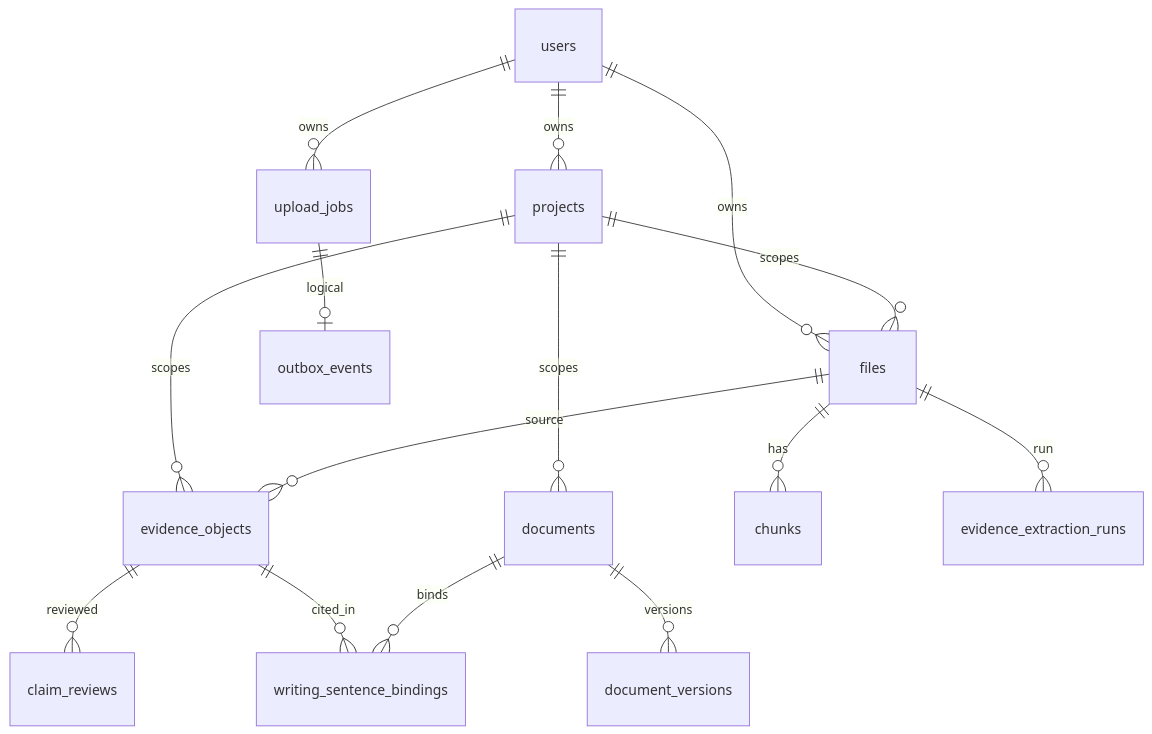
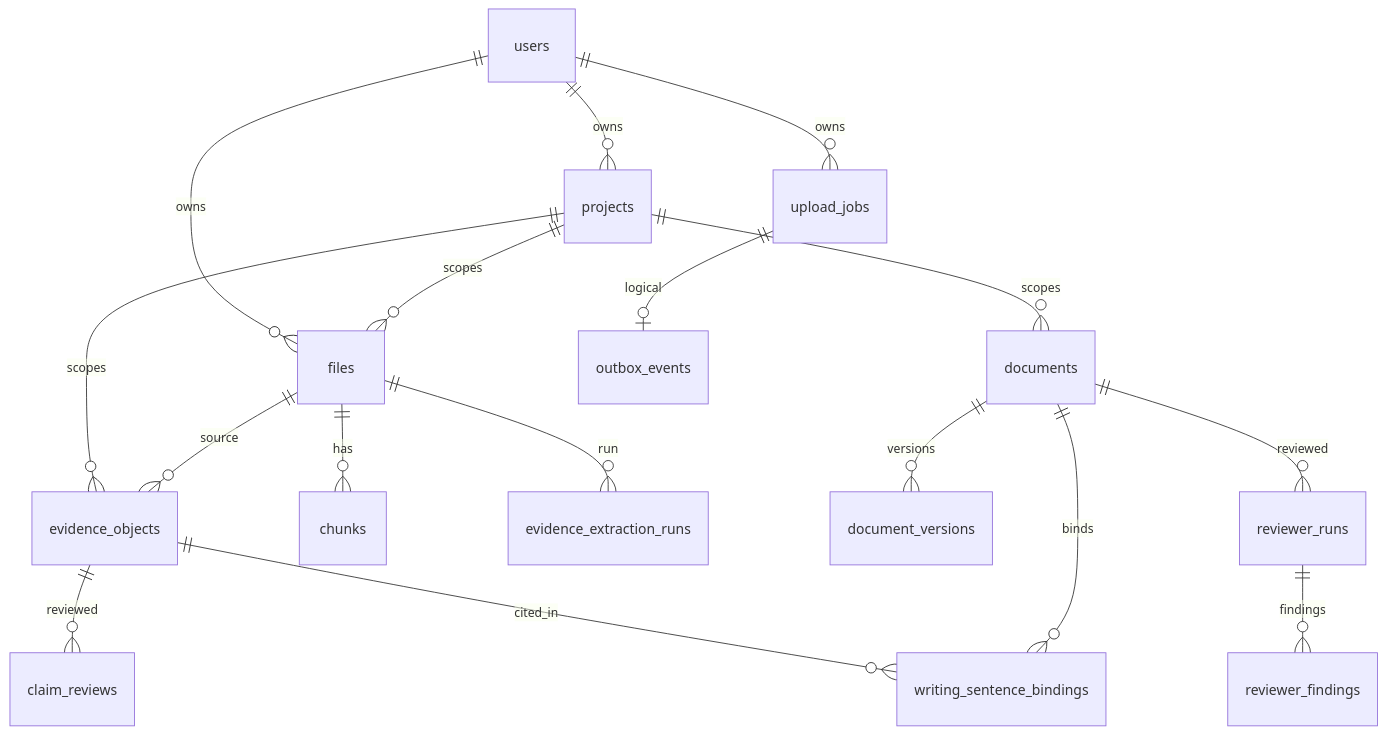
Before and after one commit to A-h76/research-chatbot: the diagram in docs/idd/IDD-0005-Database-Schema.md, drawn with Mermaid. The commit also changed other lines of this file and 134 other files, not shown here.

````diff
--- a/docs/idd/IDD-0005-Database-Schema.md
+++ b/docs/idd/IDD-0005-Database-Schema.md
@@ -47,17 +49,19 @@
 ```mermaid
 erDiagram
   users ||--o{ projects : owns
   users ||--o{ files : owns
   projects ||--o{ files : scopes
   projects ||--o{ evidence_objects : scopes
   projects ||--o{ documents : scopes
   files ||--o{ chunks : has
   files ||--o{ evidence_objects : source
   files ||--o{ evidence_extraction_runs : run
   evidence_objects ||--o{ claim_reviews : reviewed
   evidence_objects ||--o{ writing_sentence_bindings : cited_in
   documents ||--o{ document_versions : versions
   documents ||--o{ writing_sentence_bindings : binds
+  documents ||--o{ reviewer_runs : reviewed
+  reviewer_runs ||--o{ reviewer_findings : findings
   users ||--o{ upload_jobs : owns
   upload_jobs ||--o| outbox_events : logical
 ```
````
